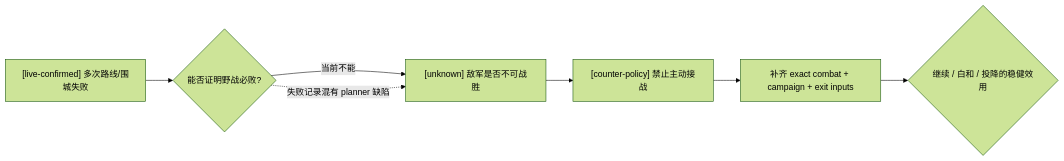
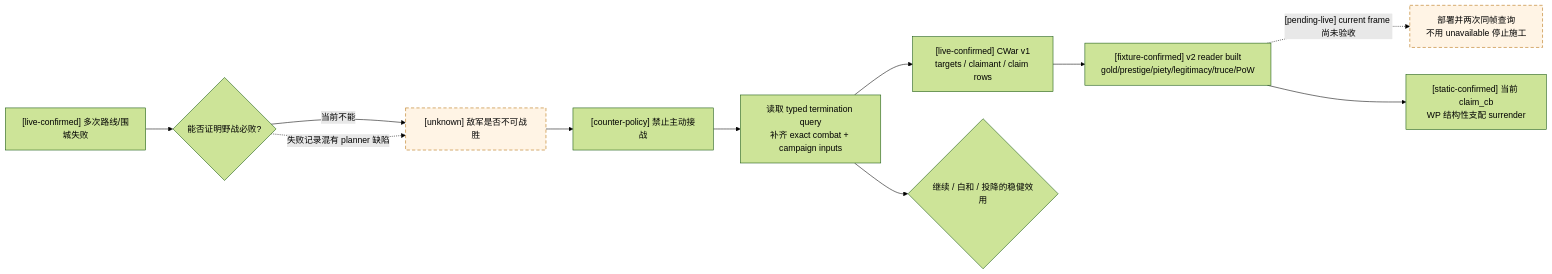
Before and after one commit to XenoAmess/ck3_eternal_recurrence: the fourth of 4 diagrams in docs/ck3-native-ai/player-war-exit-policy.md, drawn with Mermaid (forest theme). The commit also changed other lines of this file and 183 other files, not shown here.

````diff
--- a/docs/ck3-native-ai/player-war-exit-policy.md
+++ b/docs/ck3-native-ai/player-war-exit-policy.md
@@ -167,9 +333,15 @@
 ```mermaid
 flowchart LR
     R["[live-confirmed] 多次路线/围城失败"] --> Q{"能否证明野战必败?"}
     Q -->|当前不能| U["[unknown] 敌军是否不可战胜"]
     U --> A["[counter-policy] 禁止主动接战"]
-    A --> O["补齐 exact combat + campaign + exit inputs"]
+    A --> O["读取 typed termination query<br/>补齐 exact combat + campaign inputs"]
+    O --> PT["[live-confirmed] CWar v1<br/>targets / claimant / claim rows"]
+    PT --> FX["[fixture-confirmed] v2 reader built<br/>gold/prestige/piety/legitimacy/truce/PoW"]
+    FX -. "[pending-live] current frame 尚未验收" .-> RE["部署并两次同帧查询<br/>不用 unavailable 停止施工"]
+    FX --> WP["[static-confirmed] 当前 claim_cb<br/>WP 结构性支配 surrender"]
     O --> D{"继续 / 白和 / 投降的稳健效用"}
     Q -. "失败记录混有 planner 缺陷" .-> U
+    classDef unknown stroke-dasharray: 6 4,fill:#fff4e5,stroke:#b36b00;
+    class U,RE unknown;
 ```
````
